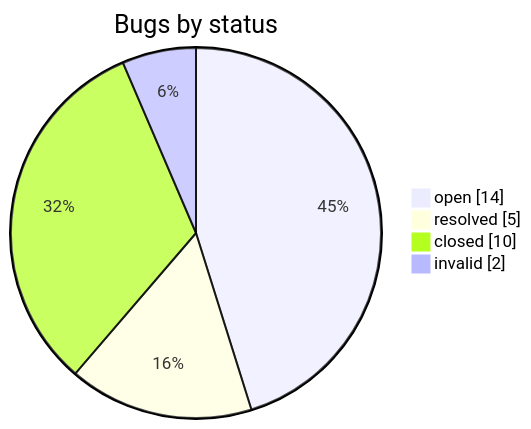
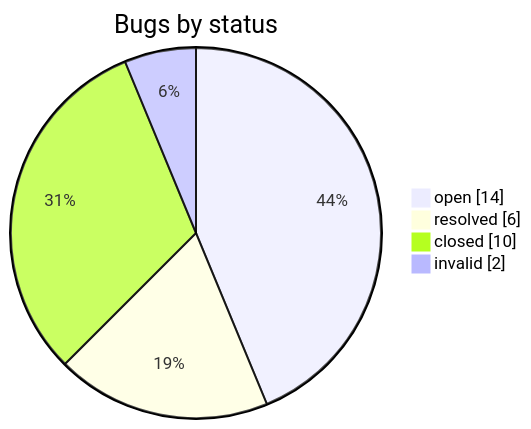
One commit to iammaxsu/automatic-testing-architecture changed the second of 2 diagrams in STATUS.md. Above: the diagram before and after it, drawn with Mermaid. The commit also changed other lines of this file and 4 other files, not shown here.

````diff
--- a/STATUS.md
+++ b/STATUS.md
@@ -164,7 +164,7 @@
 ```mermaid
 pie showData title Bugs by status
     "open" : 14
-    "resolved" : 5
+    "resolved" : 6
     "closed" : 10
     "invalid" : 2
 ```
````
